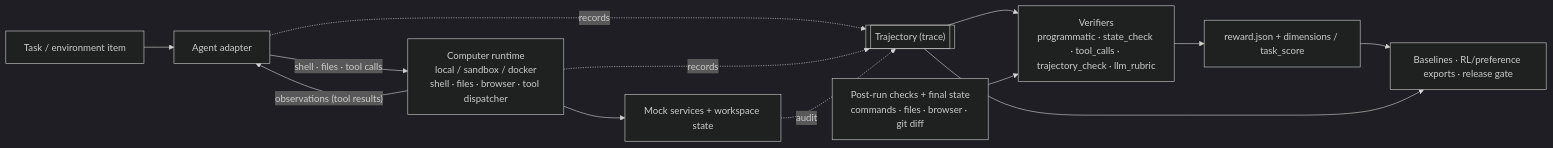
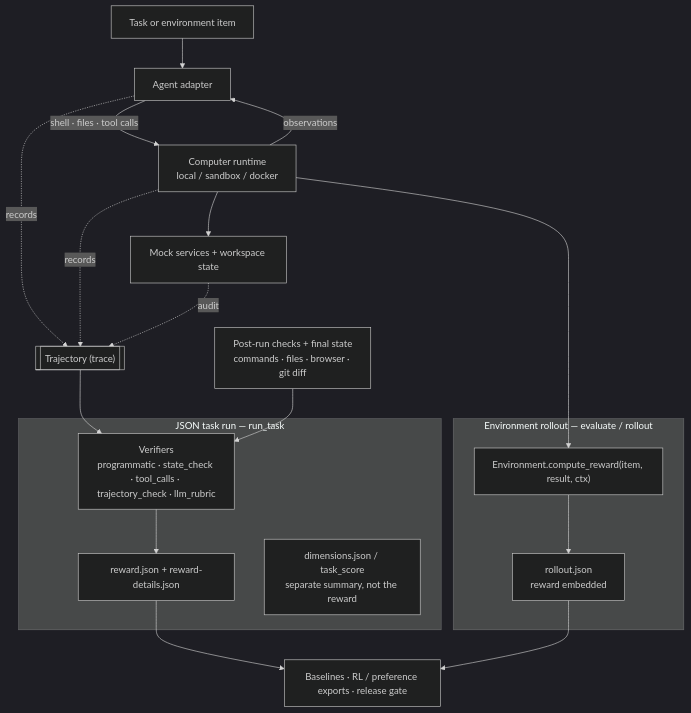
The diagram in README.md (itseffi/agenticevals), drawn with Mermaid (dark theme) before and after one commit. The commit also changed other lines of this file, not shown here.

````diff
--- a/README.md
+++ b/README.md
@@ -13,15 +15,25 @@
 ```mermaid
-flowchart LR
-  Task["Task / environment item"] --> Agent["Agent adapter"]
-  Agent -->|"shell · files · tool calls"| Computer["Computer runtime<br/>local / sandbox / docker<br/>shell · files · browser · tool dispatcher"]
-  Computer -->|"observations (tool results)"| Agent
+flowchart TB
+  Task["Task or environment item"] --> Agent["Agent adapter"]
+  Agent -->|"shell · files · tool calls"| Computer["Computer runtime<br/>local / sandbox / docker"]
+  Computer -->|"observations"| Agent
   Computer --> Svc["Mock services + workspace state"]
   Agent -. records .-> Traj[["Trajectory (trace)"]]
   Computer -. records .-> Traj
   Svc -. audit .-> Traj
-  Traj --> Verif["Verifiers<br/>programmatic · state_check · tool_calls · trajectory_check · llm_rubric"]
+
+  subgraph TaskRun["JSON task run — run_task"]
+    Verif["Verifiers<br/>programmatic · state_check · tool_calls · trajectory_check · llm_rubric"] --> RJ["reward.json + reward-details.json"]
+    Dims["dimensions.json / task_score<br/>separate summary, not the reward"]
+  end
+
+  subgraph EnvRun["Environment rollout — evaluate / rollout"]
+    CR["Environment.compute_reward(item, result, ctx)"] --> RO["rollout.json<br/>reward embedded"]
+  end
+
+  Traj --> Verif
   Checks["Post-run checks + final state<br/>commands · files · browser · git diff"] --> Verif
-  Verif --> Reward["reward.json + dimensions / task_score"]
-  Reward --> Out["Baselines · RL/preference exports · release gate"]
-  Traj --> Out
+  Computer --> CR
+  RJ --> Out["Baselines · RL / preference exports · release gate"]
+  RO --> Out
 ```
````
